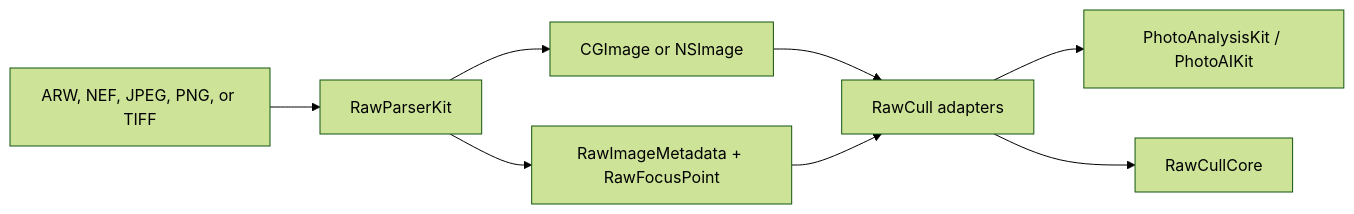
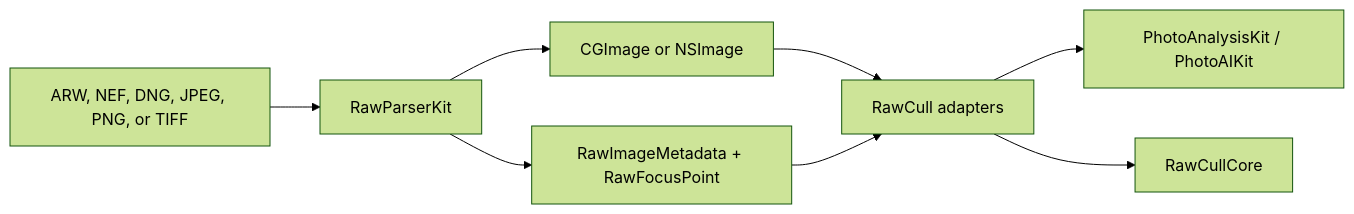
Before and after one commit to rsyncOSX/TechDocRawcull: the first of 2 diagrams in content/en/docs/packages/rawparserkit.md, drawn with Mermaid (forest theme). The commit also changed other lines of this file and 36 other files, not shown here.

````diff
--- a/content/en/docs/packages/rawparserkit.md
+++ b/content/en/docs/packages/rawparserkit.md
@@ -54,10 +54,10 @@
 ```mermaid
 flowchart LR
-    File["ARW, NEF, JPEG, PNG, or TIFF"] --> Parser["RawParserKit"]
+    File["ARW, NEF, DNG, JPEG, PNG, or TIFF"] --> Parser["RawParserKit"]
     Parser --> Image["CGImage or NSImage"]
     Parser --> Metadata["RawImageMetadata + RawFocusPoint"]
     Image --> Host["RawCull adapters"]
     Metadata --> Host
     Host --> Analysis["PhotoAnalysisKit / PhotoAIKit"]
     Host --> Core["RawCullCore"]
 ```
````
